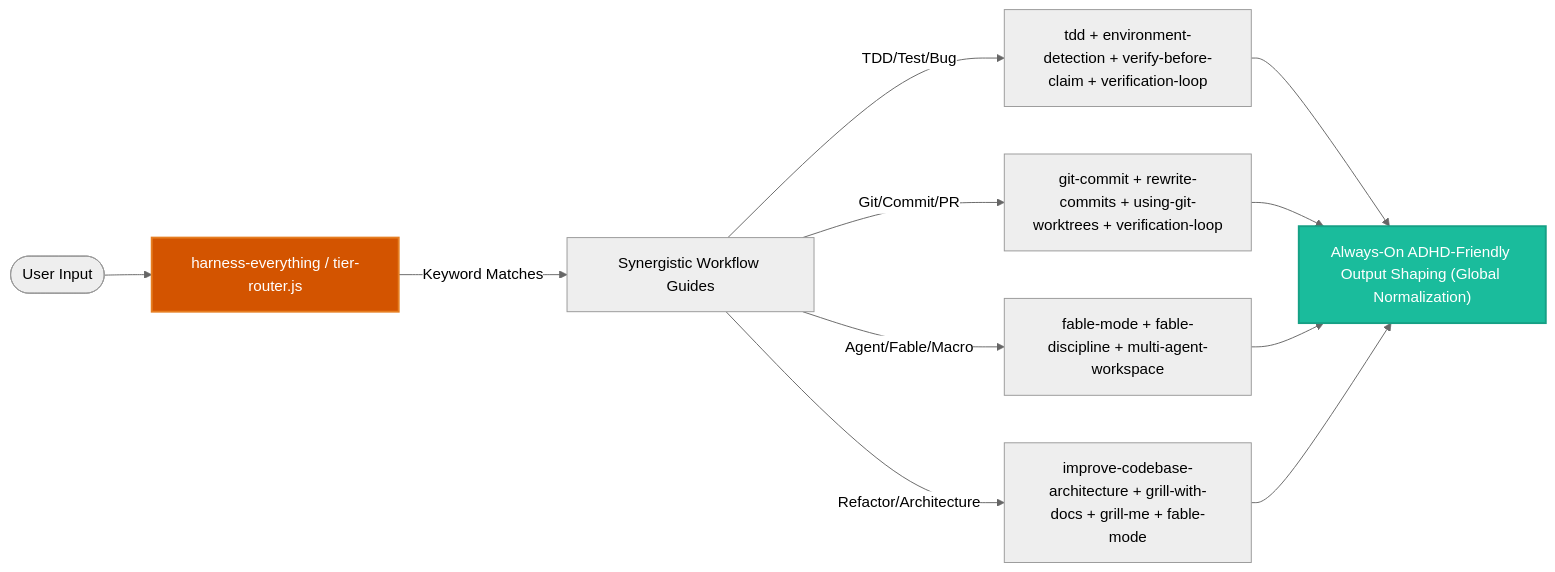
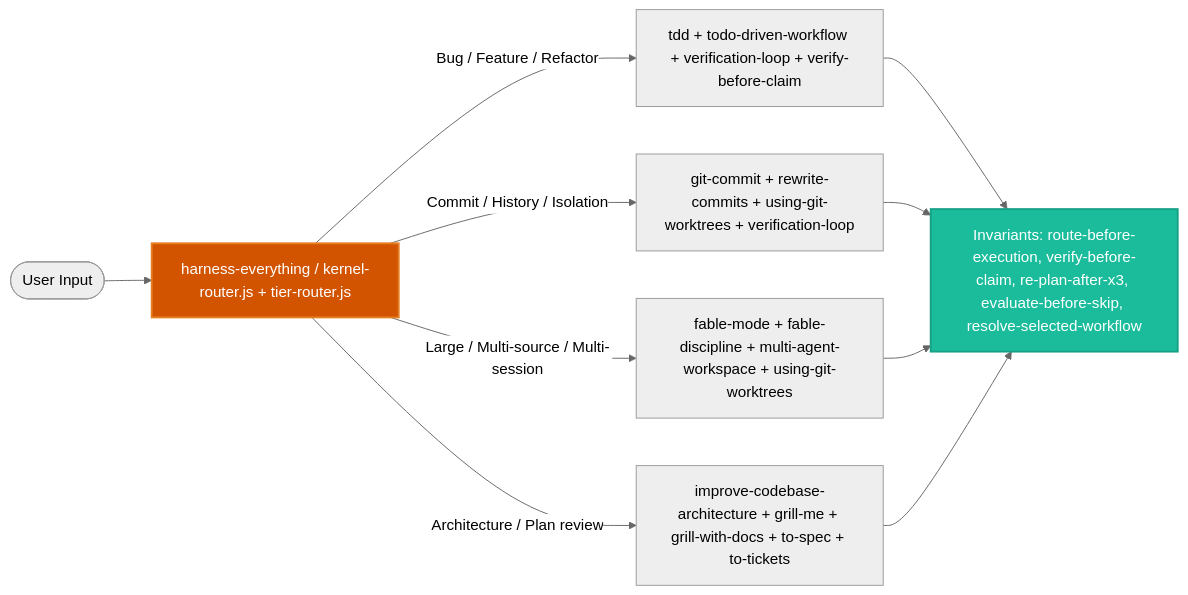
One commit to dyphn1/Harness-everything changed the second of 3 diagrams in docs/workflows/harness-everything.md. Above: the diagram before and after it, drawn with Mermaid (neutral theme). The commit also changed other lines of this file and 4 other files, not shown here.

First line of the commit message:
docs: Sync skill catalog and mechanism coverage after workflow lifecycle work

````diff
--- a/docs/workflows/harness-everything.md
+++ b/docs/workflows/harness-everything.md
@@ -44,19 +42,17 @@
 ```mermaid
 graph LR
-  UserPrompt([User Input]) --> Router["harness-everything / tier-router.js"]
-  
-  Router -->|Keyword Matches| Guides["Synergistic Workflow Guides"]
-  
-  Guides -->|TDD/Test/Bug| Ch1["tdd + environment-detection + verify-before-claim + verification-loop"]
-  Guides -->|Git/Commit/PR| Ch2["git-commit + rewrite-commits + using-git-worktrees + verification-loop"]
-  Guides -->|Agent/Fable/Macro| Ch3["fable-mode + fable-discipline + multi-agent-workspace"]
-  Guides -->|Refactor/Architecture| Ch4["improve-codebase-architecture + grill-with-docs + grill-me + fable-mode"]
-  
-  Ch1 --> ADHD["Always-On ADHD-Friendly Output Shaping (Global Normalization)"]
-  Ch2 --> ADHD
-  Ch3 --> ADHD
-  Ch4 --> ADHD
-  
+  UserPrompt([User Input]) --> Router["harness-everything / kernel-router.js + tier-router.js"]
+
+  Router -->|Bug / Feature / Refactor| Ch1["tdd + todo-driven-workflow + verification-loop + verify-before-claim"]
+  Router -->|Commit / History / Isolation| Ch2["git-commit + rewrite-commits + using-git-worktrees + verification-loop"]
+  Router -->|Large / Multi-source / Multi-session| Ch3["fable-mode + fable-discipline + multi-agent-workspace + using-git-worktrees"]
+  Router -->|Architecture / Plan review| Ch4["improve-codebase-architecture + grill-me + grill-with-docs + to-spec + to-tickets"]
+
+  Ch1 --> Invariants["Invariants: route-before-execution, verify-before-claim, re-plan-after-x3, evaluate-before-skip, resolve-selected-workflow"]
+  Ch2 --> Invariants
+  Ch3 --> Invariants
+  Ch4 --> Invariants
+
   style Router fill:#d35400,stroke:#e67e22,stroke-width:2px,color:#ffffff
-  style ADHD fill:#1abc9c,stroke:#16a085,stroke-width:2px,color:#ffffff
+  style Invariants fill:#1abc9c,stroke:#16a085,stroke-width:2px,color:#ffffff
 ```
````
